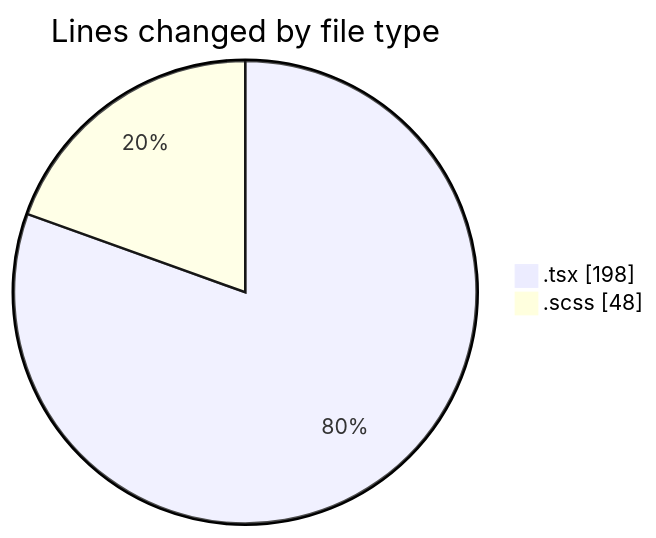
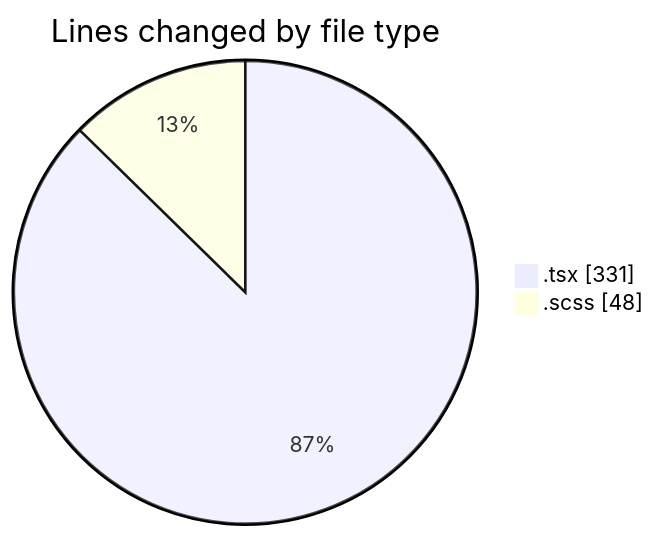
The first of 2 diagrams in 2026-08-26/cda/README.md (momahboobian/code-tracking), drawn with Mermaid before and after one commit. The commit also changed other lines of this file and 1 other file, not shown here.

````diff
--- a/2026-08-26/cda/README.md
+++ b/2026-08-26/cda/README.md
@@ -24,6 +25,6 @@
 ```mermaid
 pie showData
 title Lines changed by file type
-".tsx" : 198
+".tsx" : 331
 ".scss" : 48
 ```
````
